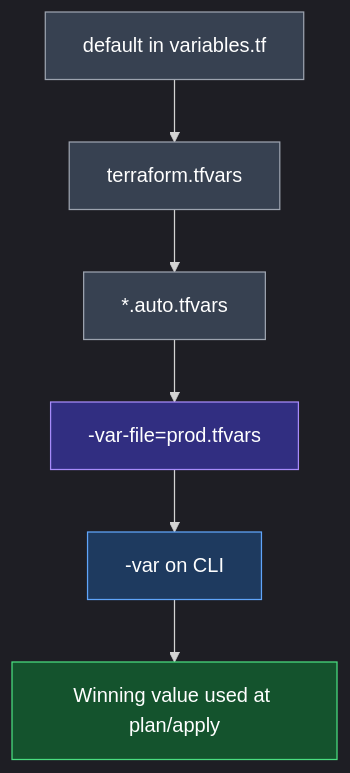
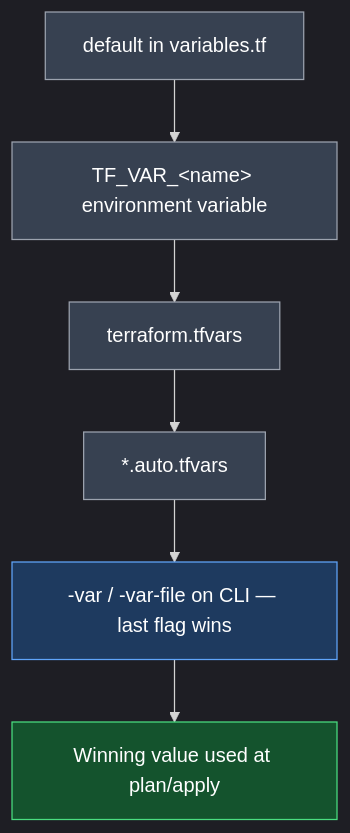
The sixth of 6 diagrams in 04_Core_Terraform_Basics/04_Input_Variables.md (nirajp82/Terraform_Basics), drawn with Mermaid before and after one commit. The commit also changed other lines of this file and 9 other files, not shown here.

````diff
--- a/04_Core_Terraform_Basics/04_Input_Variables.md
+++ b/04_Core_Terraform_Basics/04_Input_Variables.md
@@ -589,18 +594,18 @@
 ```mermaid
 %%{init: {'theme': 'dark', 'flowchart': {'htmlLabels': true}}}%%
 flowchart TD
     DEF["default in variables.tf"]
+    ENV["TF_VAR_&lt;name&gt; environment variable"]
     TFVARS["terraform.tfvars"]
     AUTO["*.auto.tfvars"]
-    FILE["-var-file=prod.tfvars"]
-    CLI["-var on CLI"]
-    DEF --> TFVARS --> AUTO --> FILE --> CLI
+    CLI["-var / -var-file on CLI — last flag wins"]
+    DEF --> ENV --> TFVARS --> AUTO --> CLI
     CLI --> WIN["Winning value used at plan/apply"]
 
     style DEF fill:#374151,stroke:#9ca3af,color:#ffffff
+    style ENV fill:#374151,stroke:#9ca3af,color:#ffffff
     style TFVARS fill:#374151,stroke:#9ca3af,color:#ffffff
     style AUTO fill:#374151,stroke:#9ca3af,color:#ffffff
-    style FILE fill:#312e81,stroke:#a78bfa,color:#ffffff
     style CLI fill:#1e3a5f,stroke:#60a5fa,color:#ffffff
     style WIN fill:#14532d,stroke:#4ade80,color:#ffffff
 ```
````
